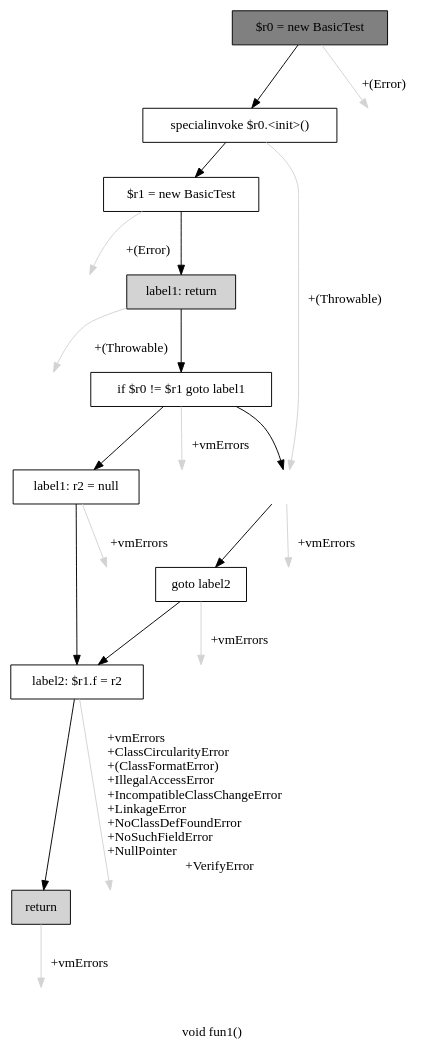
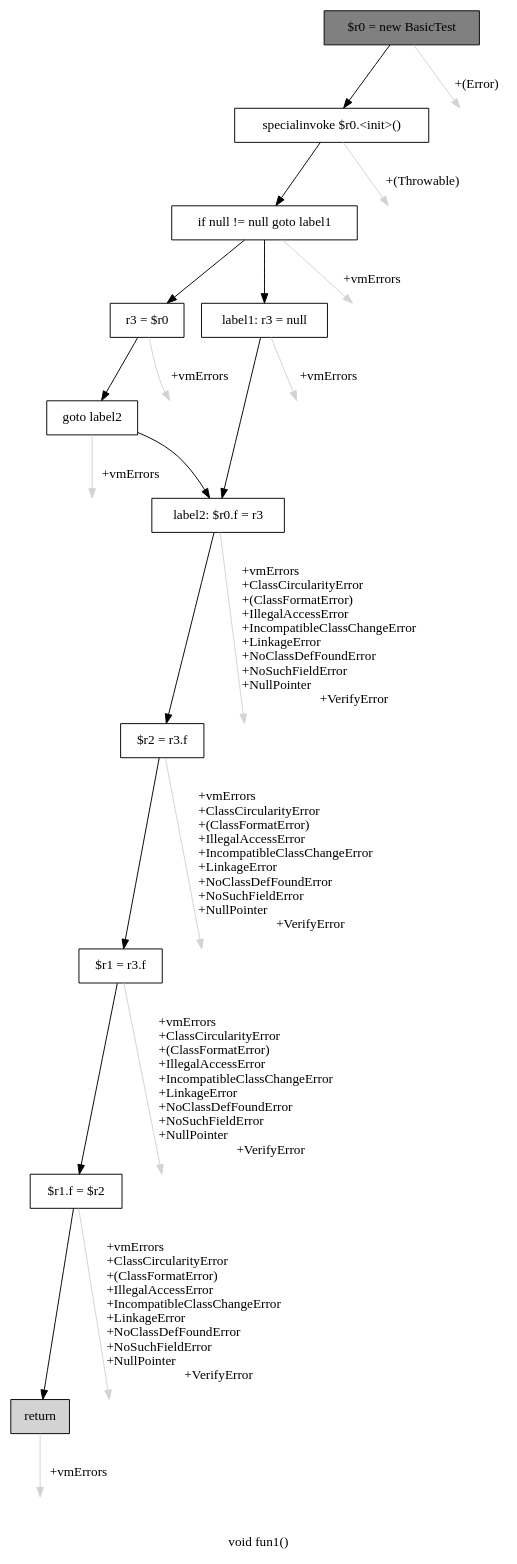
One commit to gourishankerJK/DeReference-Pointer-Analysis changed the diagram in cfg.dot. Above: the diagram before and after it, drawn with Graphviz. The commit also changed 2 other files, not shown here.

```diff
--- a/cfg.dot
+++ b/cfg.dot
@@ -1,44 +1,48 @@
 digraph "void fun1()" {
     label="void fun1()";
     node [shape=box];
     "0" [style=filled,fillcolor=gray,label="$r0 = new BasicTest",];
     "1" [label="specialinvoke $r0.<init>()",];
     "0"->"1" [color=black,];
-    "10" [style=invis,label="Esc",];
-    "0"->"10" [color=lightgray,label="\l+(Error)",];
-    "2" [label="$r1 = new BasicTest",];
+    "11" [style=invis,label="Esc",];
+    "0"->"11" [color=lightgray,label="\l+(Error)",];
+    "2" [label="if null != null goto label1",];
     "1"->"2" [color=black,];
-    "5" [style=invis,label="Esc",];
-    "1"->"5" [color=lightgray,label="\l+(Throwable)",];
-    "3" [style=filled,fillcolor=lightgray,label="label1: return",];
+    "12" [style=invis,label="Esc",];
+    "1"->"12" [color=lightgray,label="\l+(Throwable)",];
+    "3" [label="r3 = $r0",];
     "2"->"3" [color=black,];
-    "12" [style=invis,label="Esc",];
-    "2"->"12" [color=lightgray,label="\l+(Error)",];
-    "4" [label="if $r0 != $r1 goto label1",];
+    "5" [label="label1: r3 = null",];
+    "2"->"5" [color=black,];
+    "13" [style=invis,label="Esc",];
+    "2"->"13" [color=lightgray,label="\l+vmErrors",];
+    "4" [label="goto label2",];
     "3"->"4" [color=black,];
-    "13" [style=invis,label="Esc",];
-    "3"->"13" [color=lightgray,label="\l+(Throwable)",];
-    "5" [label="r2 = $r1",];
-    "4"->"5" [color=black,];
-    "7" [label="label1: r2 = null",];
-    "4"->"7" [color=black,];
     "14" [style=invis,label="Esc",];
-    "4"->"14" [color=lightgray,label="\l+vmErrors",];
-    "6" [label="goto label2",];
+    "3"->"14" [color=lightgray,label="\l+vmErrors",];
+    "6" [label="label2: $r0.f = r3",];
+    "4"->"6" [color=black,];
+    "15" [style=invis,label="Esc",];
+    "4"->"15" [color=lightgray,label="\l+vmErrors",];
     "5"->"6" [color=black,];
-    "15" [style=invis,label="Esc",];
-    "5"->"15" [color=lightgray,label="\l+vmErrors",];
-    "8" [label="label2: $r1.f = r2",];
-    "6"->"8" [color=black,];
     "16" [style=invis,label="Esc",];
-    "6"->"16" [color=lightgray,label="\l+vmErrors",];
+    "5"->"16" [color=lightgray,label="\l+vmErrors",];
+    "7" [label="$r2 = r3.f",];
+    "6"->"7" [color=black,];
+    "17" [style=invis,label="Esc",];
+    "6"->"17" [color=lightgray,label="\l+vmErrors\l+ClassCircularityError\l+(ClassFormatError)\l+IllegalAccessError\l+IncompatibleClassChangeError\l+LinkageError\l+NoClassDefFoundError\l+NoSuchFieldError\l+NullPointer\l+VerifyError",];
+    "8" [label="$r1 = r3.f",];
     "7"->"8" [color=black,];
-    "17" [style=invis,label="Esc",];
-    "7"->"17" [color=lightgray,label="\l+vmErrors",];
-    "9" [style=filled,fillcolor=lightgray,label="return",];
+    "18" [style=invis,label="Esc",];
+    "7"->"18" [color=lightgray,label="\l+vmErrors\l+ClassCircularityError\l+(ClassFormatError)\l+IllegalAccessError\l+IncompatibleClassChangeError\l+LinkageError\l+NoClassDefFoundError\l+NoSuchFieldError\l+NullPointer\l+VerifyError",];
+    "9" [label="$r1.f = $r2",];
     "8"->"9" [color=black,];
-    "18" [style=invis,label="Esc",];
-    "8"->"18" [color=lightgray,label="\l+vmErrors\l+ClassCircularityError\l+(ClassFormatError)\l+IllegalAccessError\l+IncompatibleClassChangeError\l+LinkageError\l+NoClassDefFoundError\l+NoSuchFieldError\l+NullPointer\l+VerifyError",];
     "19" [style=invis,label="Esc",];
-    "9"->"19" [color=lightgray,label="\l+vmErrors",];
+    "8"->"19" [color=lightgray,label="\l+vmErrors\l+ClassCircularityError\l+(ClassFormatError)\l+IllegalAccessError\l+IncompatibleClassChangeError\l+LinkageError\l+NoClassDefFoundError\l+NoSuchFieldError\l+NullPointer\l+VerifyError",];
+    "10" [style=filled,fillcolor=lightgray,label="return",];
+    "9"->"10" [color=black,];
+    "20" [style=invis,label="Esc",];
+    "9"->"20" [color=lightgray,label="\l+vmErrors\l+ClassCircularityError\l+(ClassFormatError)\l+IllegalAccessError\l+IncompatibleClassChangeError\l+LinkageError\l+NoClassDefFoundError\l+NoSuchFieldError\l+NullPointer\l+VerifyError",];
+    "21" [style=invis,label="Esc",];
+    "10"->"21" [color=lightgray,label="\l+vmErrors",];
 }
```
